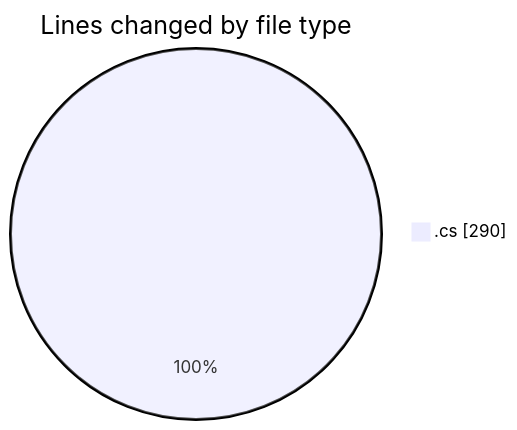
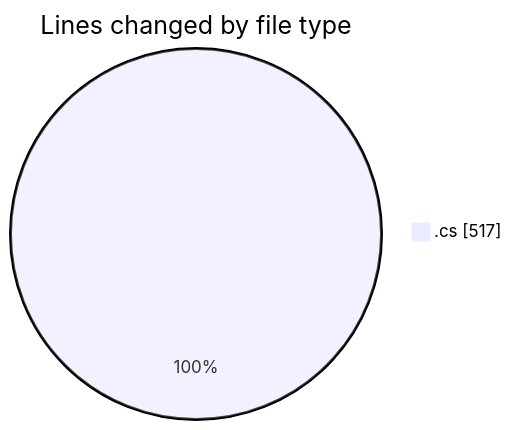
One commit to Netris89/code-tracking changed the first of 2 diagrams in 2025-04-03/back-end/README.md. Above: the diagram before and after it, drawn with Mermaid. The commit also changed other lines of this file and 1 other file, not shown here.

````diff
--- a/2025-04-03/back-end/README.md
+++ b/2025-04-03/back-end/README.md
@@ -20,5 +21,5 @@
 ```mermaid
 pie showData
 title Lines changed by file type
-".cs" : 290
+".cs" : 517
 ```
````
